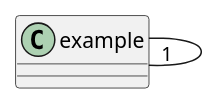
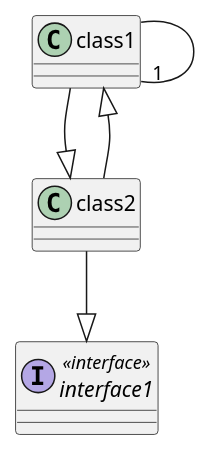
Before and after one commit to Blackphantom96/PlantUMLErrors: the diagram in WebApp/src/main/webapp/resources/diagram.wsd, drawn with PlantUML. The commit also changed 4 other files, not shown here.

```diff
--- a/WebApp/src/main/webapp/resources/diagram.wsd
+++ b/WebApp/src/main/webapp/resources/diagram.wsd
@@ -1,4 +1,9 @@
 @startuml
-  class example
-  example -- "1" example
+  class class1
+  class class2
+  interface interface1 <<interface>>
+  class1 -- "1" class1
+  class2 --|> class1
+  class1 --|> class2
+  class2 --|> interface1
 @enduml
```
